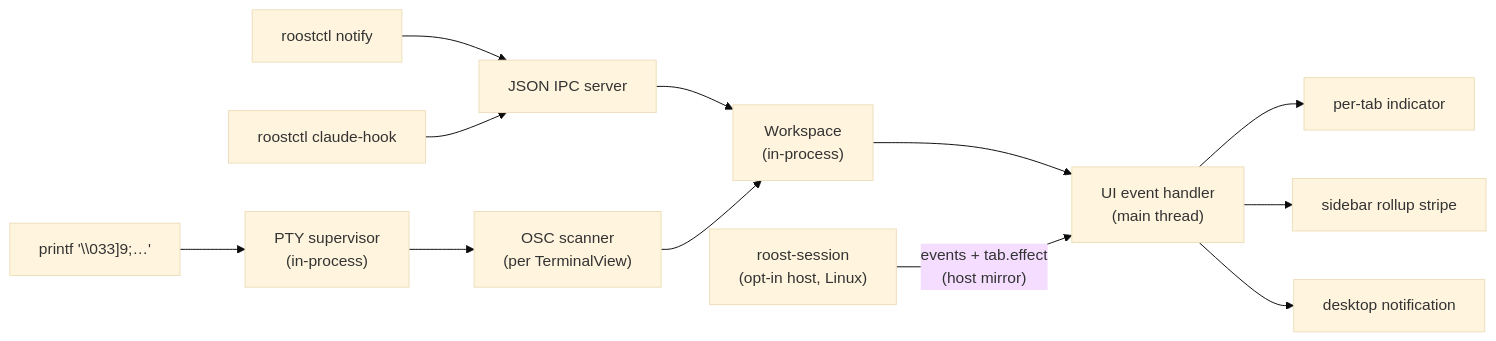
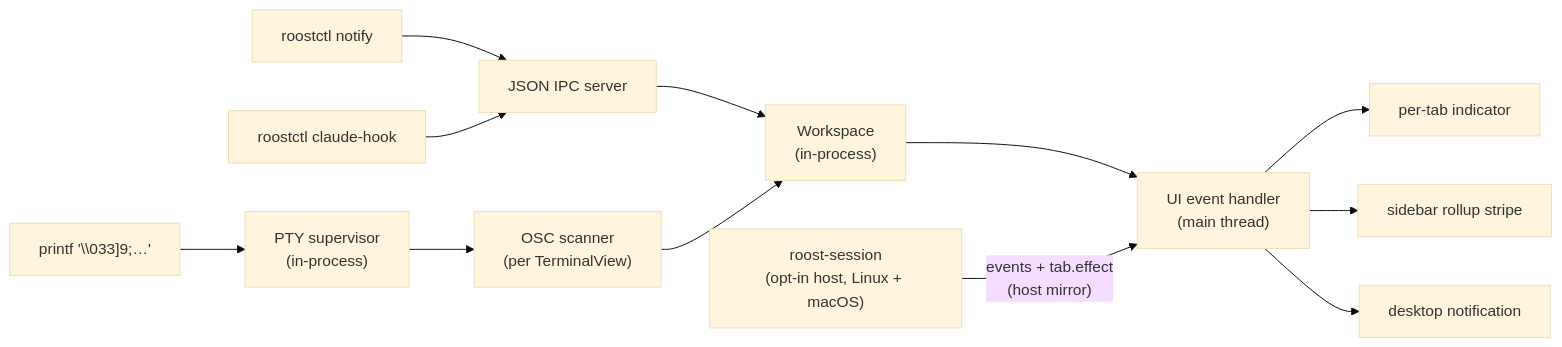
The diagram in docs/reference/architecture.md (charliek/roost), drawn with Mermaid (base theme) before and after one commit. The commit also changed 3 other files, not shown here.

````diff
--- a/docs/reference/architecture.md
+++ b/docs/reference/architecture.md
@@ -63,25 +63,25 @@
 ```mermaid
 flowchart LR
     CLI["roostctl notify"]
     Hook["roostctl claude-hook"]
     OSC["printf '\\033]9;…'"]
     PTY["PTY supervisor<br/>(in-process)"]
     Workspace["Workspace<br/>(in-process)"]
     Scanner["OSC scanner<br/>(per TerminalView)"]
     UI["UI event handler<br/>(main thread)"]
     Indicator["per-tab indicator"]
     Stripe["sidebar rollup stripe"]
     Banner["desktop notification"]
     IPC["JSON IPC server"]
-    Session["roost-session<br/>(opt-in host, Linux)"]
+    Session["roost-session<br/>(opt-in host, Linux + macOS)"]
 
     CLI --> IPC
     Hook --> IPC
     IPC --> Workspace
     OSC --> PTY --> Scanner --> Workspace
     Workspace --> UI
     Session -- "events + tab.effect<br/>(host mirror)" --> UI
     UI --> Indicator
     UI --> Stripe
     UI --> Banner
 ```
````
